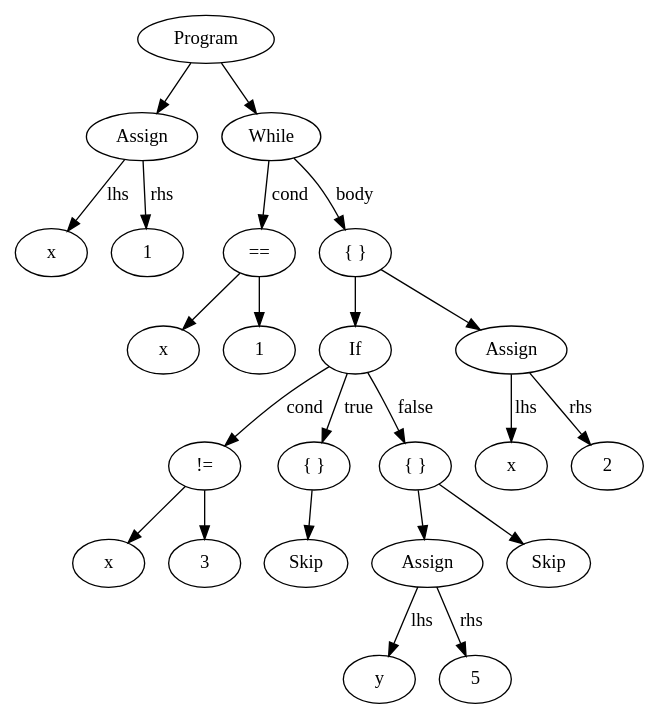
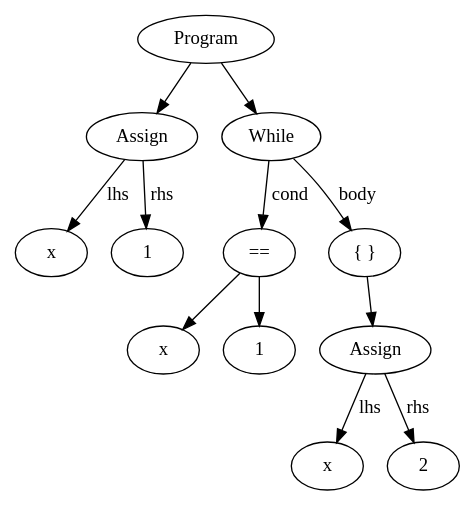
One commit to timll/while-analysis changed the diagram in ast.dot. Above: the diagram before and after it, drawn with Graphviz. The commit also changed 7 other files, not shown here.

```diff
--- a/ast.dot
+++ b/ast.dot
@@ -1,47 +1,25 @@
 digraph {
-n14201104[label="x"]
-n14201376[label="1"]
-n14201408[label="Assign"]
-n14201472[label="x"]
-n14201504[label="1"]
-n14201536[label="=="]
-n14201616[label="x"]
-n14201648[label="3"]
-n14201680[label="!="]
-n14201760[label="Skip"]
-n14201728[label="{ }"]
-n14201856[label="y"]
-n14201888[label="5"]
-n14201920[label="Assign"]
-n14201984[label="Skip"]
-n14201824[label="{ }"]
-n14201184[label="If"]
-n14202048[label="x"]
-n14202128[label="2"]
-n14202160[label="Assign"]
-n14201584[label="{ }"]
-n14201952[label="While"]
-n14201072[label="Program"]
-n14201408->n14201104[label="lhs"]
-n14201408->n14201376[label="rhs"]
-n14201536->n14201472[label=""]
-n14201536->n14201504[label=""]
-n14201680->n14201616[label=""]
-n14201680->n14201648[label=""]
-n14201728->n14201760[label=""]
-n14201920->n14201856[label="lhs"]
-n14201920->n14201888[label="rhs"]
-n14201824->n14201920[label=""]
-n14201824->n14201984[label=""]
-n14201184->n14201680[label="cond"]
-n14201184->n14201728[label="true"]
-n14201184->n14201824[label="false"]
-n14202160->n14202048[label="lhs"]
-n14202160->n14202128[label="rhs"]
-n14201584->n14201184[label=""]
-n14201584->n14202160[label=""]
-n14201952->n14201536[label="cond"]
-n14201952->n14201584[label="body"]
-n14201072->n14201408[label=""]
-n14201072->n14201952[label=""]
+n28891488[label="x"]
+n28891824[label="1"]
+n28891856[label="Assign"]
+n28891984[label="x"]
+n28892048[label="1"]
+n28892080[label="=="]
+n28892192[label="x"]
+n28892256[label="2"]
+n28892288[label="Assign"]
+n28892160[label="{ }"]
+n28892352[label="While"]
+n28891360[label="Program"]
+n28891856->n28891488[label="lhs"]
+n28891856->n28891824[label="rhs"]
+n28892080->n28891984[label=""]
+n28892080->n28892048[label=""]
+n28892288->n28892192[label="lhs"]
+n28892288->n28892256[label="rhs"]
+n28892160->n28892288[label=""]
+n28892352->n28892080[label="cond"]
+n28892352->n28892160[label="body"]
+n28891360->n28891856[label=""]
+n28891360->n28892352[label=""]
 }
```
